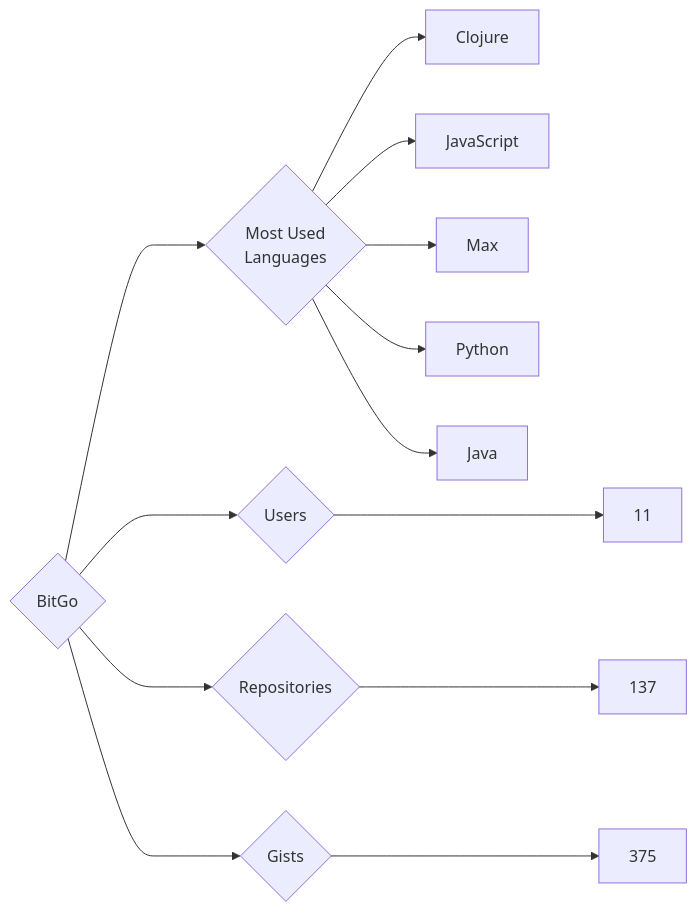
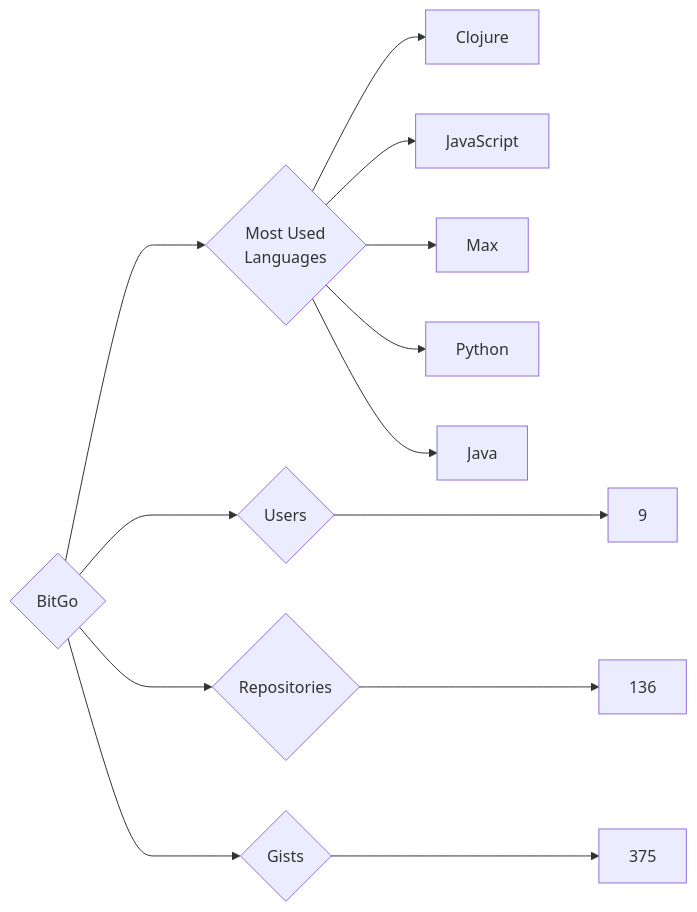
The diagram in targets/BitGo/README.md (trickest/insiders), drawn with Mermaid before and after one commit. The commit also changed 865 other files, not shown here.

````diff
--- a/targets/BitGo/README.md
+++ b/targets/BitGo/README.md
@@ -3,13 +3,13 @@
 ```mermaid
 graph LR
 COMPANY_NAME{BitGo}
-COMPANY_NAME ---> U{Users} ---> UN[11]
-COMPANY_NAME ---> R{Repositories} ---> RN[137]
+COMPANY_NAME ---> U{Users} ---> UN[9]
+COMPANY_NAME ---> R{Repositories} ---> RN[136]
 COMPANY_NAME ---> G{Gists} ---> GN[375]
 COMPANY_NAME ---> ML{Most Used<br>Languages}
 ML --> Clojure[Clojure]
 ML --> JavaScript[JavaScript]
 ML --> Max[Max]
 ML --> Python[Python]
 ML --> Java[Java]
 ```
````
